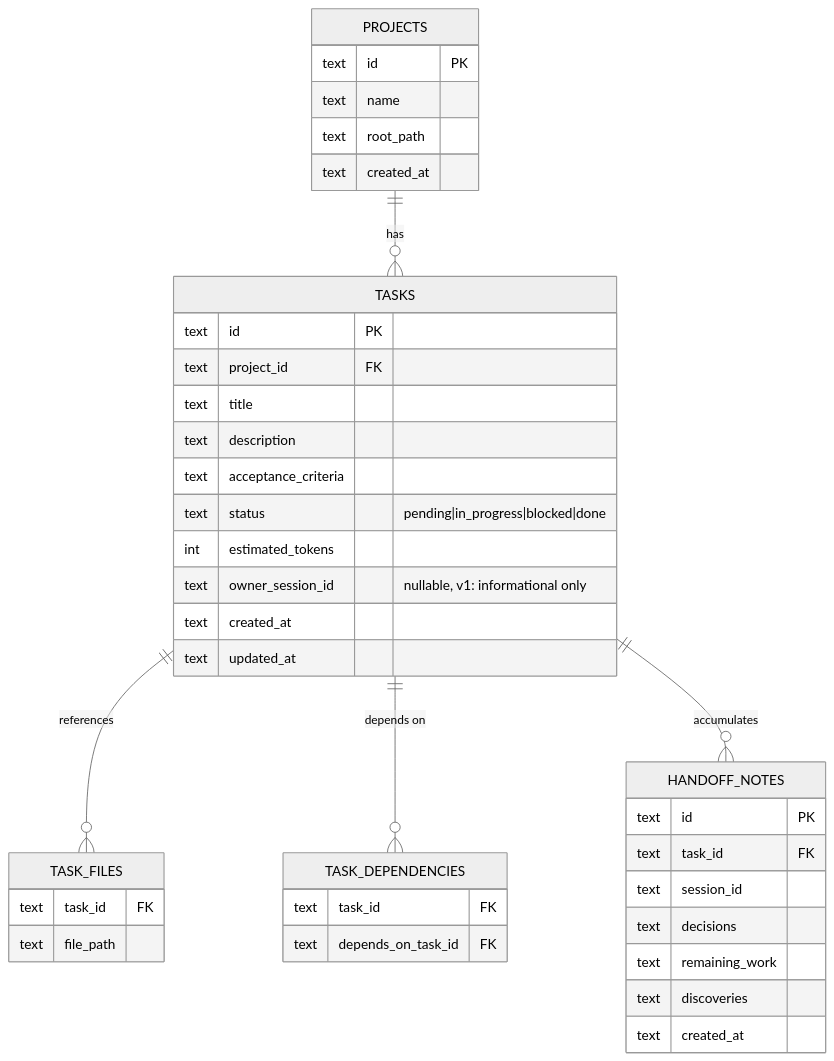
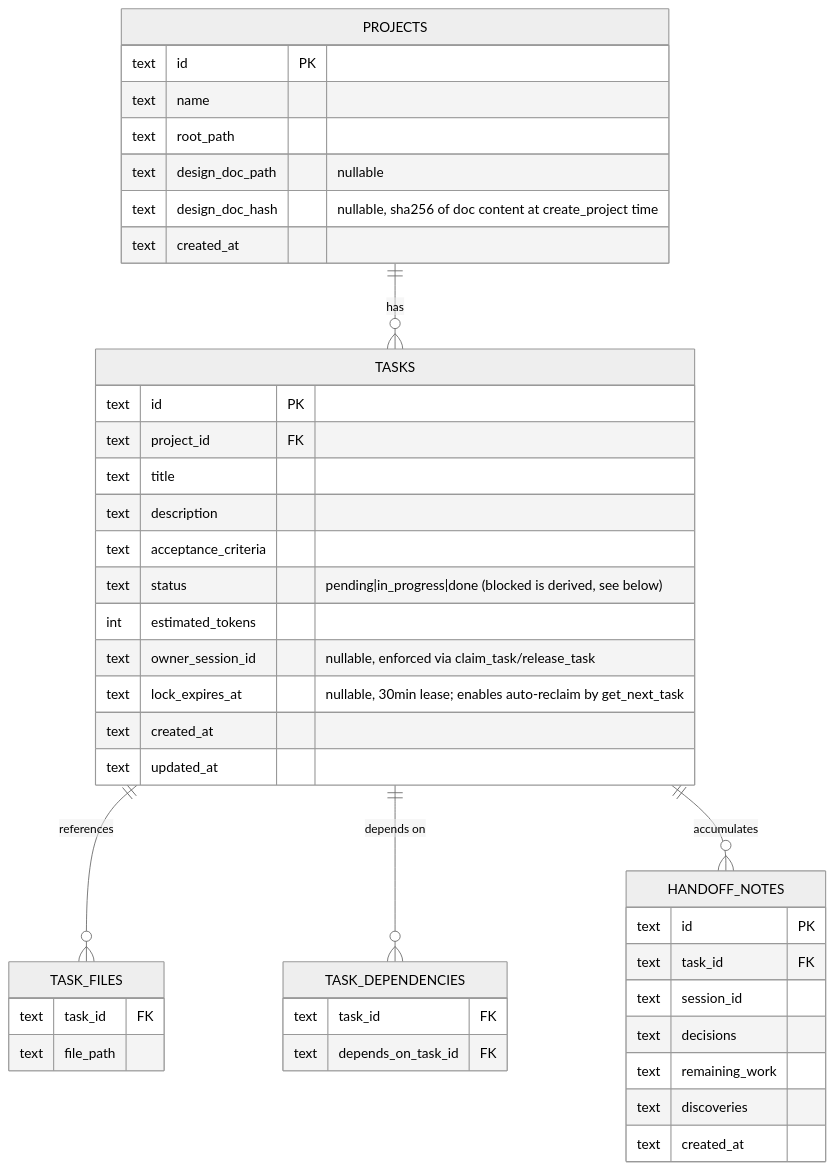
The third of 3 diagrams in docs/architecture/task-tracker-mcp.md (madmurdok/task-tracker-mcp), drawn with Mermaid (neutral theme) before and after one commit. The commit also changed other lines of this file and 3 other files, not shown here.

````diff
--- a/docs/architecture/task-tracker-mcp.md
+++ b/docs/architecture/task-tracker-mcp.md
@@ -112,43 +120,46 @@
 ```mermaid
 erDiagram
     PROJECTS ||--o{ TASKS : has
     TASKS ||--o{ TASK_FILES : references
     TASKS ||--o{ TASK_DEPENDENCIES : "depends on"
     TASKS ||--o{ HANDOFF_NOTES : accumulates
 
     PROJECTS {
         text id PK
         text name
         text root_path
+        text design_doc_path "nullable"
+        text design_doc_hash "nullable, sha256 of doc content at create_project time"
         text created_at
     }
     TASKS {
         text id PK
         text project_id FK
         text title
         text description
         text acceptance_criteria
-        text status "pending|in_progress|blocked|done"
+        text status "pending|in_progress|done (blocked is derived, see below)"
         int estimated_tokens
-        text owner_session_id "nullable, v1: informational only"
+        text owner_session_id "nullable, enforced via claim_task/release_task"
+        text lock_expires_at "nullable, 30min lease; enables auto-reclaim by get_next_task"
         text created_at
         text updated_at
     }
     TASK_FILES {
         text task_id FK
         text file_path
     }
     TASK_DEPENDENCIES {
         text task_id FK
         text depends_on_task_id FK
     }
     HANDOFF_NOTES {
         text id PK
         text task_id FK
         text session_id
         text decisions
         text remaining_work
         text discoveries
         text created_at
     }
 ```
````
